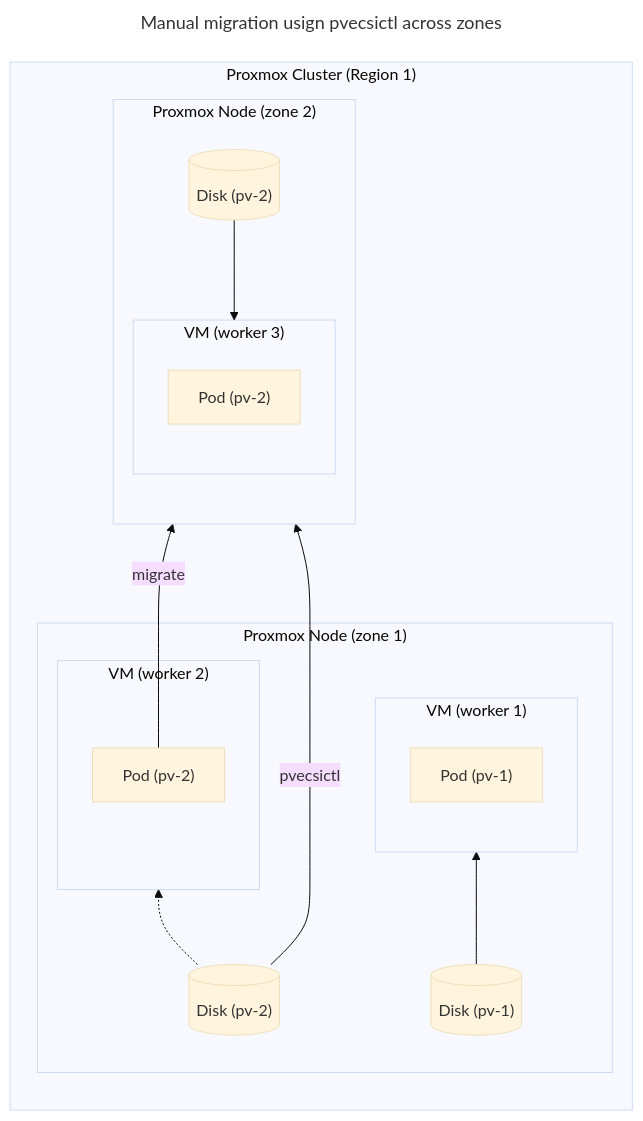
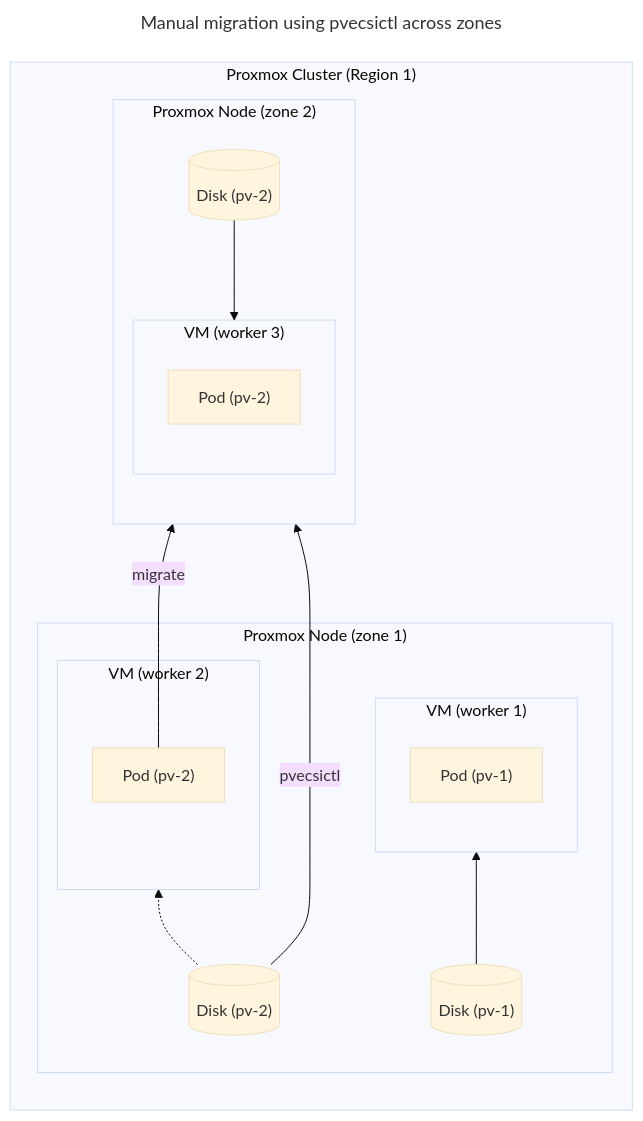
Before and after one commit to sergelogvinov/proxmox-csi-plugin: the second of 2 diagrams in README.md, drawn with Mermaid (base theme). The commit also changed other lines of this file and 6 other files, not shown here.

````diff
--- a/README.md
+++ b/README.md
@@ -78,32 +78,32 @@
 ```mermaid
 ---
-title: Manual migration usign pvecsictl across zones
+title: Manual migration using pvecsictl across zones
 ---
 flowchart
     subgraph cluster1["Proxmox Cluster (Region 1)"]
     direction BT
         subgraph node11["Proxmox Node (zone 1)"]
                 subgraph vm1["VM (worker 1)"]
                         pod11["Pod (pv-1)"]
                 end
                 subgraph vm2["VM (worker 2)"]
                         pod21["Pod (pv-2)"]
                 end
                 pv11[("Disk (pv-1)")]
                 pv21[("Disk (pv-2)")]
         end
         subgraph node12["Proxmox Node (zone 2)"]
             direction TB
                 subgraph vm3["VM (worker 3)"]
                     pod22["Pod (pv-2)"]
                 end
             pv22[("Disk (pv-2)")]
         end
     end
 pv11 --> vm1
 pv21 .-> vm2
 
 pv22 --> vm3
 pod21 -->|migrate| pod22
 pv21 -->|pvecsictl| pv22
 ```
````
